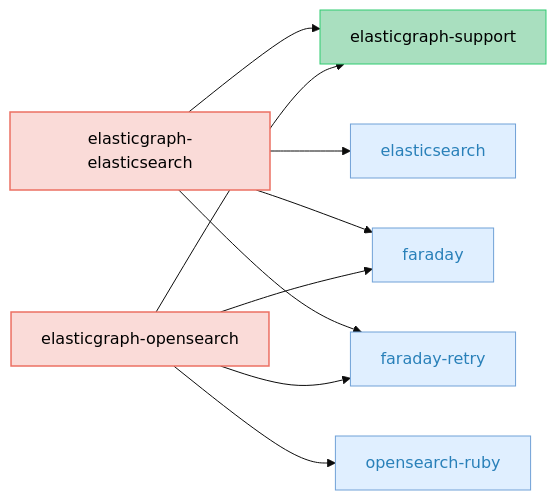
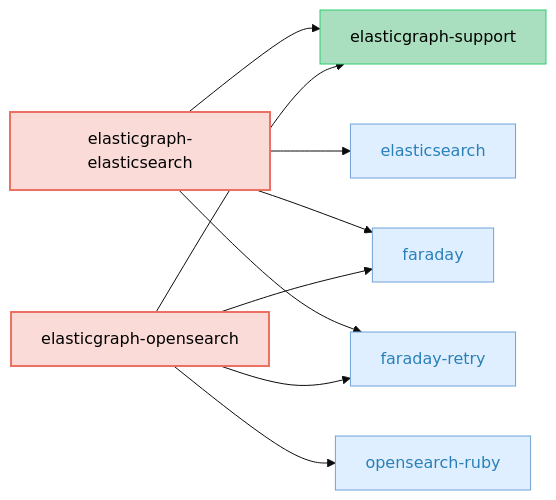
One commit to block/elasticgraph changed the fourth of 5 diagrams in CODEBASE_OVERVIEW.md. Above: the diagram before and after it, drawn with Mermaid (base theme). The commit also changed other lines of this file and 23 other files, not shown here.

````diff
--- a/CODEBASE_OVERVIEW.md
+++ b/CODEBASE_OVERVIEW.md
@@ -230,32 +230,32 @@
 ```mermaid
 graph LR;
-    classDef currentCategoryGemStyle fill:#FADBD8,stroke:#EC7063,color:#000,stroke-width:1.5px;
+    classDef targetGemStyle fill:#FADBD8,stroke:#EC7063,color:#000,stroke-width:2px;
     classDef otherEgGemStyle fill:#A9DFBF,stroke:#2ECC71,color:#000;
     classDef externalGemCatStyle fill:#E0EFFF,stroke:#70A1D7,color:#2980B9;
     elasticgraph-elasticsearch["elasticgraph-elasticsearch"];
     elasticgraph-support["elasticgraph-support"];
     elasticsearch["elasticsearch"];
     faraday["faraday"];
     faraday-retry["faraday-retry"];
     elasticgraph-opensearch["elasticgraph-opensearch"];
     opensearch-ruby["opensearch-ruby"];
     elasticgraph-elasticsearch --> elasticgraph-support;
     elasticgraph-elasticsearch --> elasticsearch;
     elasticgraph-elasticsearch --> faraday;
     elasticgraph-elasticsearch --> faraday-retry;
     elasticgraph-opensearch --> elasticgraph-support;
     elasticgraph-opensearch --> faraday;
     elasticgraph-opensearch --> faraday-retry;
     elasticgraph-opensearch --> opensearch-ruby;
-    class elasticgraph-elasticsearch currentCategoryGemStyle;
+    class elasticgraph-elasticsearch targetGemStyle;
     class elasticgraph-support otherEgGemStyle;
     class elasticsearch externalGemCatStyle;
     class faraday externalGemCatStyle;
     class faraday-retry externalGemCatStyle;
-    class elasticgraph-opensearch currentCategoryGemStyle;
+    class elasticgraph-opensearch targetGemStyle;
     class opensearch-ruby externalGemCatStyle;
     click elasticsearch href "https://rubygems.org/gems/elasticsearch" "Open on RubyGems.org" _blank;
     click faraday href "https://rubygems.org/gems/faraday" "Open on RubyGems.org" _blank;
     click faraday-retry href "https://rubygems.org/gems/faraday-retry" "Open on RubyGems.org" _blank;
     click opensearch-ruby href "https://rubygems.org/gems/opensearch-ruby" "Open on RubyGems.org" _blank;
 ```
````
